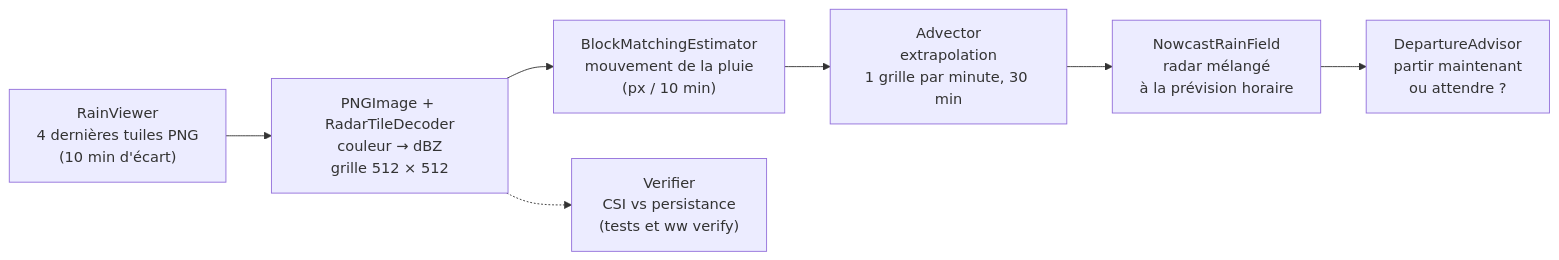
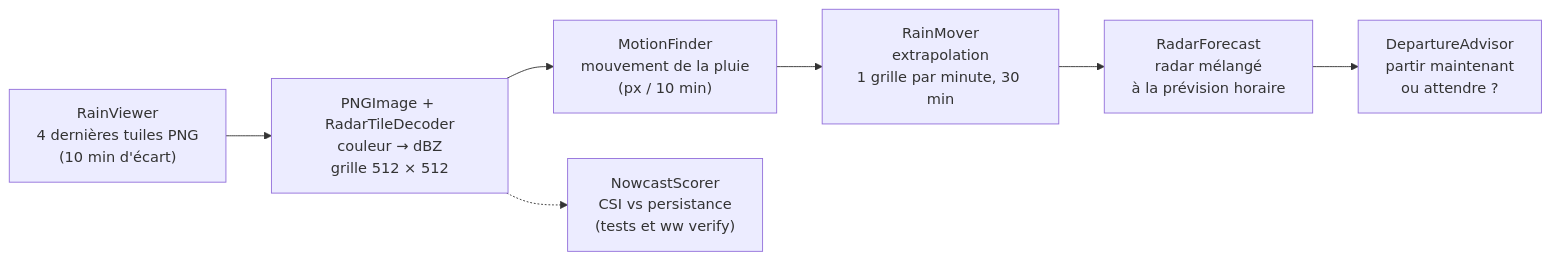
Before and after one commit to clembdn/WeatherWindows: the eighth of 14 diagrams in docs/explication-du-code.md, drawn with Mermaid. The commit also changed other lines of this file and 240 other files, not shown here.

````diff
--- a/docs/explication-du-code.md
+++ b/docs/explication-du-code.md
@@ -292,9 +400,9 @@
 ```mermaid
 flowchart LR
     A["RainViewer<br/>4 dernières tuiles PNG<br/>(10 min d'écart)"] --> B["PNGImage + RadarTileDecoder<br/>couleur → dBZ<br/>grille 512 × 512"]
-    B --> C["BlockMatchingEstimator<br/>mouvement de la pluie<br/>(px / 10 min)"]
-    C --> D["Advector<br/>extrapolation<br/>1 grille par minute, 30 min"]
-    D --> E["NowcastRainField<br/>radar mélangé<br/>à la prévision horaire"]
+    B --> C["MotionFinder<br/>mouvement de la pluie<br/>(px / 10 min)"]
+    C --> D["RainMover<br/>extrapolation<br/>1 grille par minute, 30 min"]
+    D --> E["RadarForecast<br/>radar mélangé<br/>à la prévision horaire"]
     E --> F["DepartureAdvisor<br/>partir maintenant<br/>ou attendre ?"]
-    B -.-> G["Verifier<br/>CSI vs persistance<br/>(tests et ww verify)"]
+    B -.-> G["NowcastScorer<br/>CSI vs persistance<br/>(tests et ww verify)"]
 ```
````
